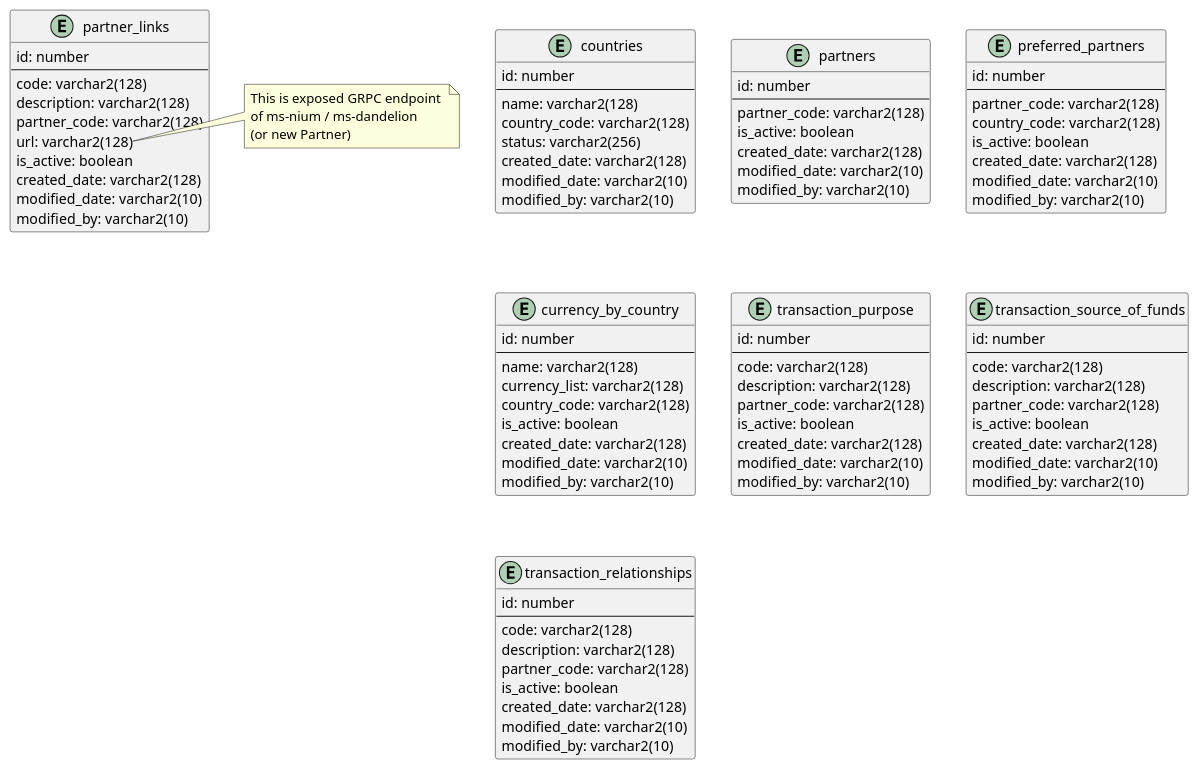
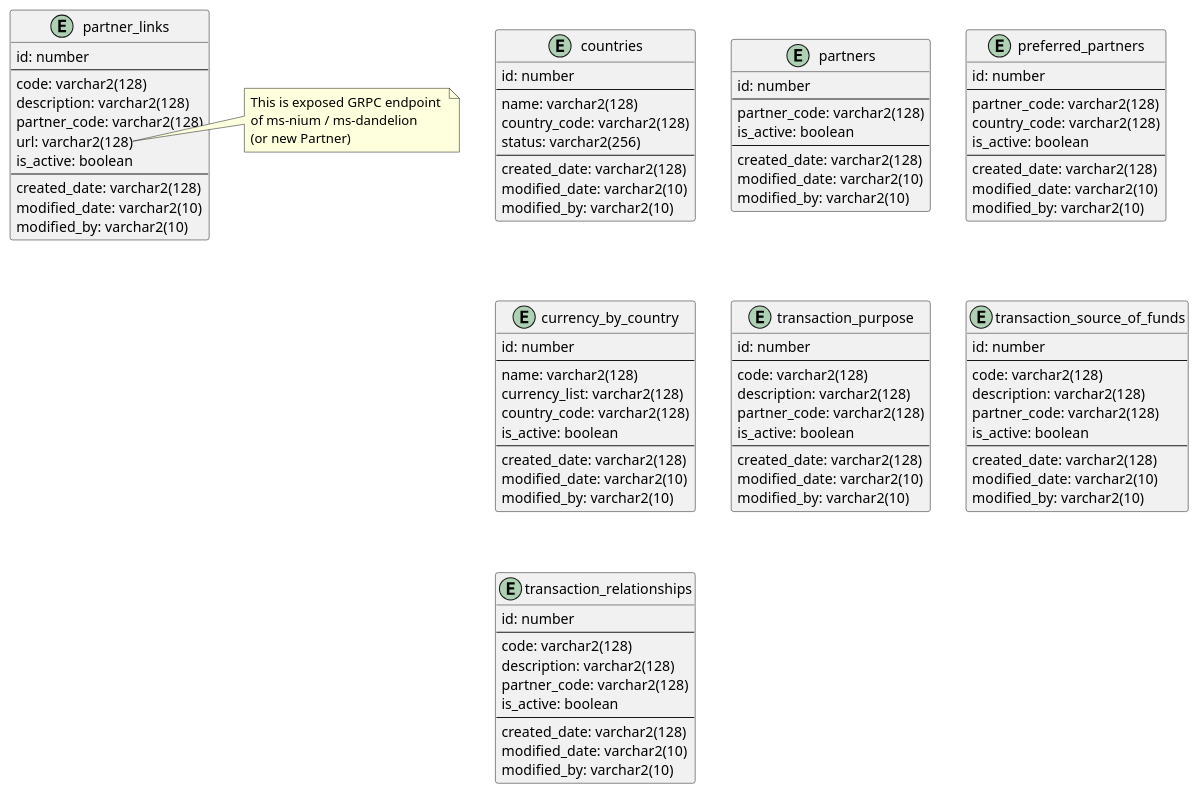
The second of 2 diagrams in Diagrams/UBGT/UB Global Transfers.md (kensixx/obsidian), drawn with PlantUML before and after one commit. The commit also changed other lines of this file and 5 other files, not shown here.

```diff
--- a/Diagrams/UBGT/UB Global Transfers.md
+++ b/Diagrams/UBGT/UB Global Transfers.md
@@ -102,6 +23,7 @@
 name: varchar2(128)  
 country_code: varchar2(128)  
 status: varchar2(256)  
+---
 created_date: varchar2(128)  
 modified_date: varchar2(10)  
 modified_by: varchar2(10)  
@@ -112,6 +34,7 @@
 ---
 partner_code: varchar2(128)  
 is_active: boolean
+---
 created_date: varchar2(128)  
 modified_date: varchar2(10)  
 modified_by: varchar2(10)  
@@ -123,6 +46,7 @@
 partner_code: varchar2(128)  
 country_code: varchar2(128)  
 is_active: boolean
+---
 created_date: varchar2(128)  
 modified_date: varchar2(10)  
 modified_by: varchar2(10)  
@@ -135,6 +59,7 @@
 currency_list: varchar2(128)  
 country_code: varchar2(128)  
 is_active: boolean
+---
 created_date: varchar2(128)  
 modified_date: varchar2(10)  
 modified_by: varchar2(10)  
@@ -147,6 +72,7 @@
 description: varchar2(128)  
 partner_code: varchar2(128)  
 is_active: boolean
+---
 created_date: varchar2(128)  
 modified_date: varchar2(10)  
 modified_by: varchar2(10)  
@@ -159,6 +85,7 @@
 description: varchar2(128)  
 partner_code: varchar2(128)  
 is_active: boolean
+---
 created_date: varchar2(128)  
 modified_date: varchar2(10)  
 modified_by: varchar2(10)  
@@ -171,6 +98,7 @@
 description: varchar2(128)  
 partner_code: varchar2(128)  
 is_active: boolean
+---
 created_date: varchar2(128)  
 modified_date: varchar2(10)  
 modified_by: varchar2(10)  
@@ -184,6 +112,7 @@
 partner_code: varchar2(128)  
 url: varchar2(128)
 is_active: boolean
+---
 created_date: varchar2(128)  
 modified_date: varchar2(10)  
 modified_by: varchar2(10)  
```
